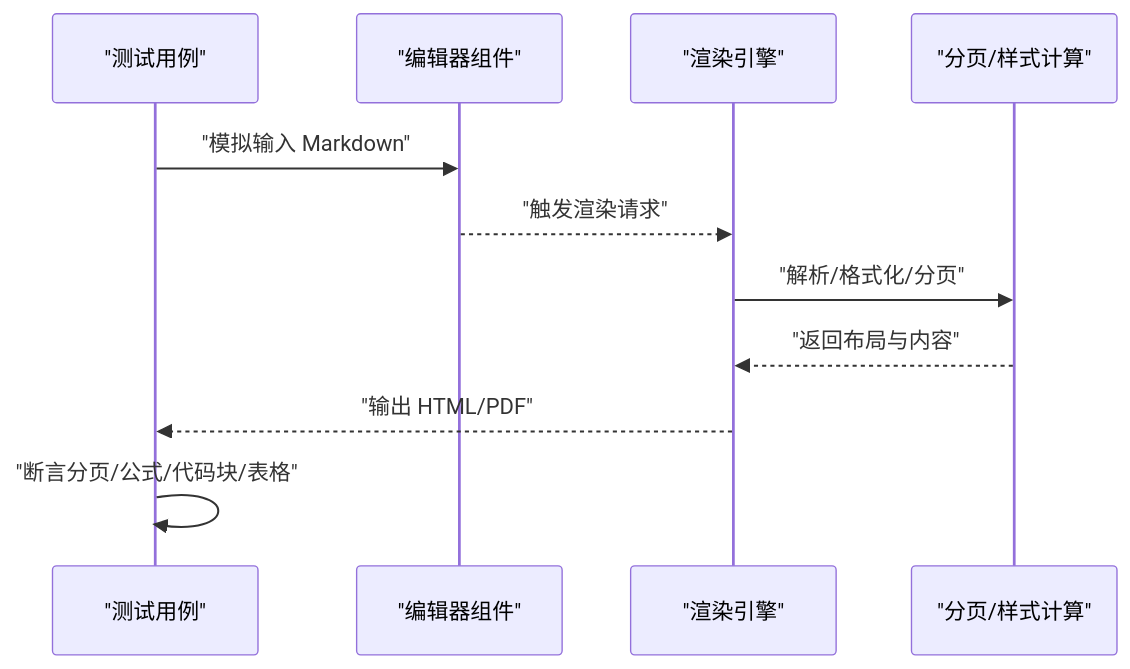
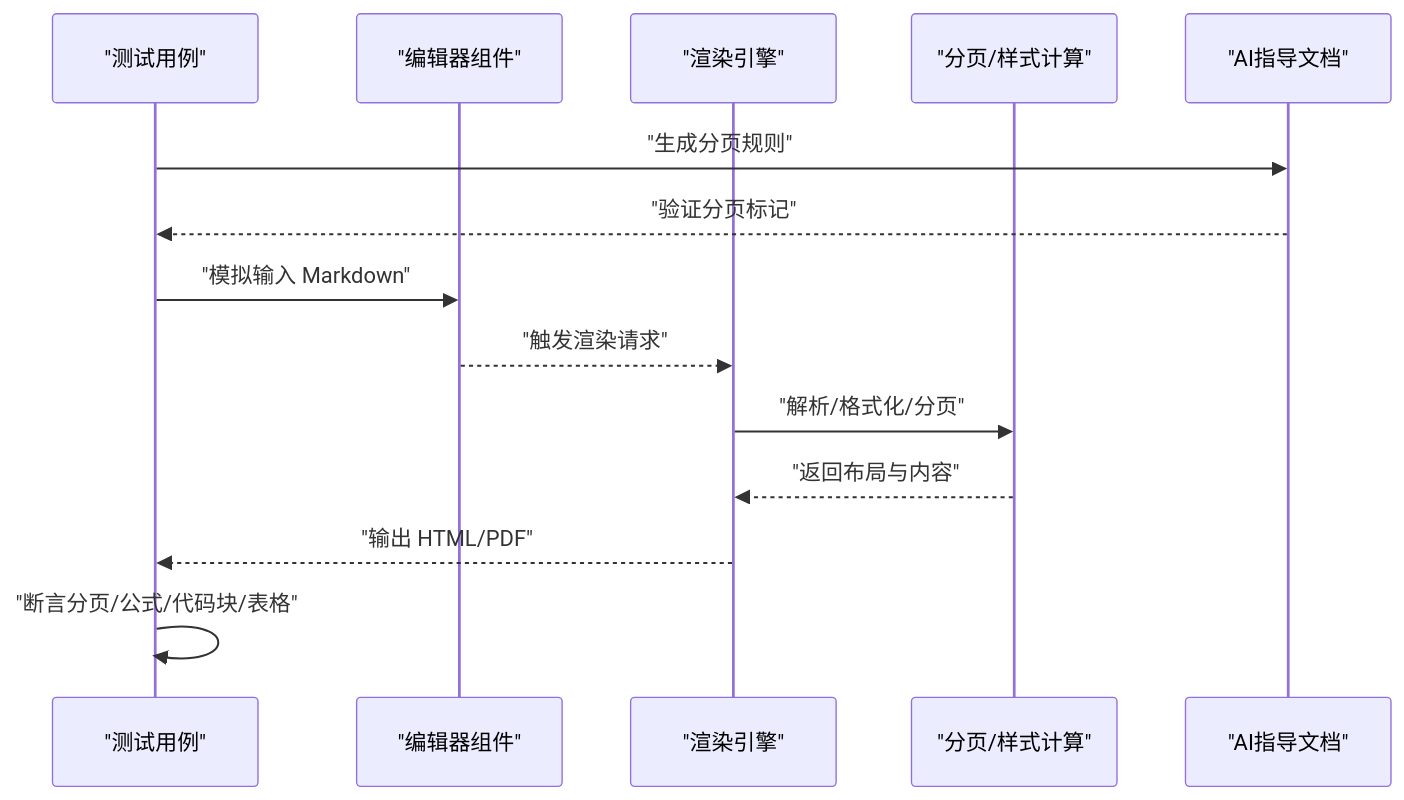
One commit to ZhongXiandou/markdown2view changed the fourth of 5 diagrams in .qoder/repowiki/zh/content/测试策略.md. Above: the diagram before and after it, drawn with Mermaid. The commit also changed other lines of this file and 21 other files, not shown here.

````diff
--- a/.qoder/repowiki/zh/content/测试策略.md
+++ b/.qoder/repowiki/zh/content/测试策略.md
@@ -218,13 +249,16 @@
 ```mermaid
 sequenceDiagram
 participant T as "测试用例"
 participant E as "编辑器组件"
 participant R as "渲染引擎"
 participant S as "分页/样式计算"
+participant A as "AI指导文档"
+T->>A : "生成分页规则"
+A-->>T : "验证分页标记"
 T->>E : "模拟输入 Markdown"
 E-->>R : "触发渲染请求"
 R->>S : "解析/格式化/分页"
 S-->>R : "返回布局与内容"
 R-->>T : "输出 HTML/PDF"
 T->>T : "断言分页/公式/代码块/表格"
 ```
````
